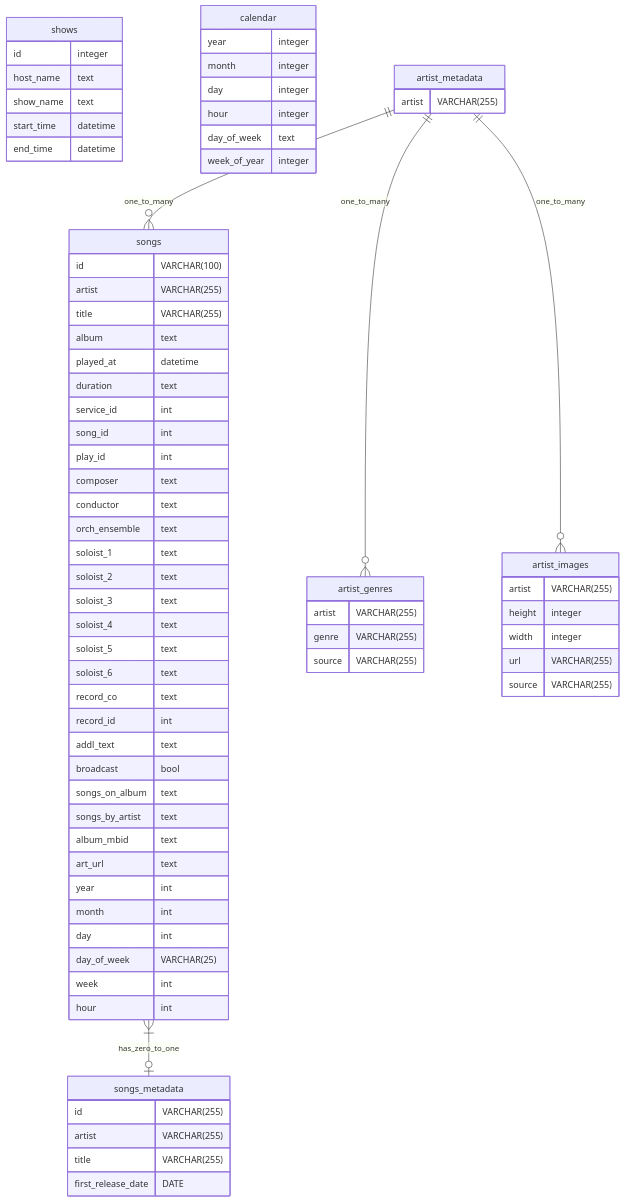
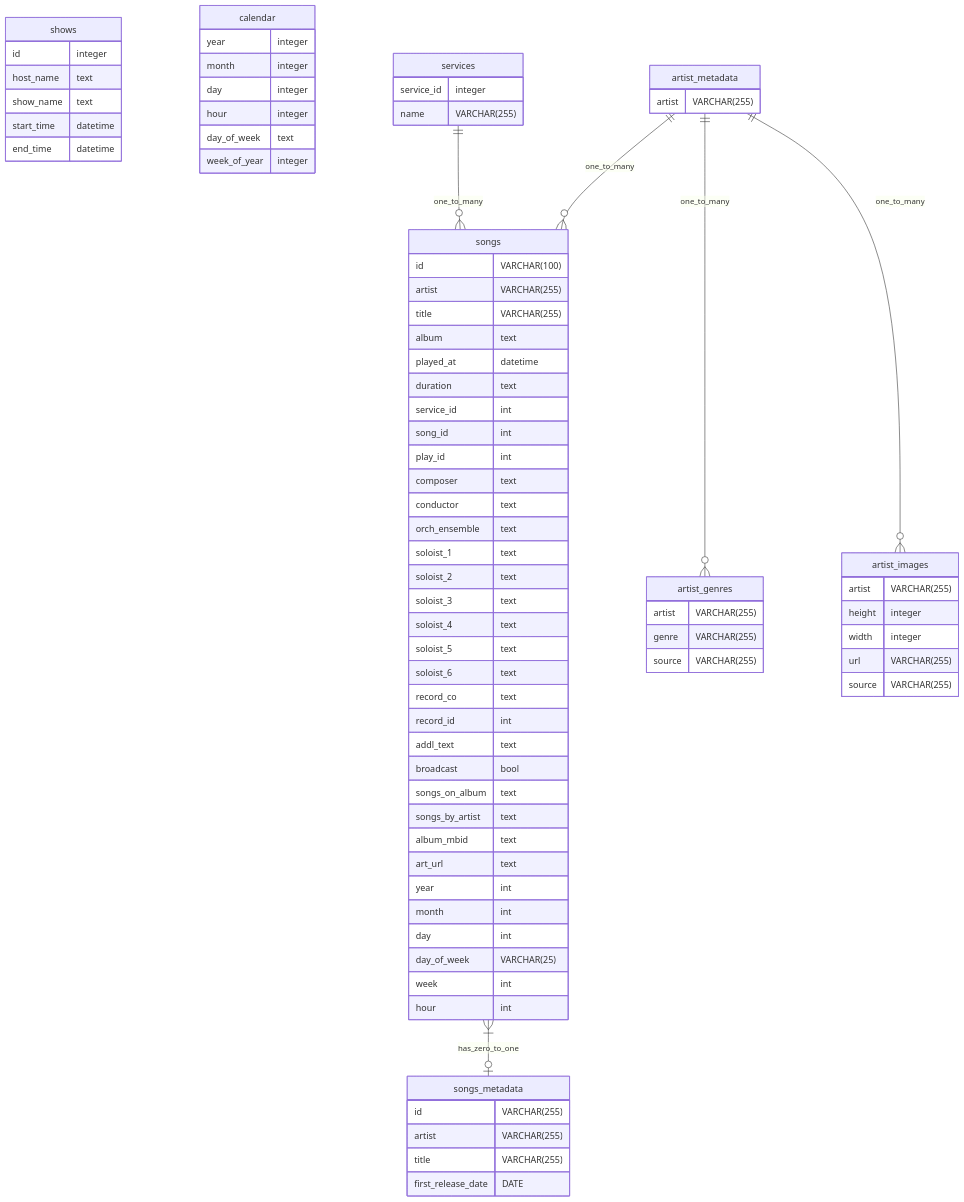
One commit to jasonmotylinski/thecurrent changed the diagram in datamodel.md. Above: the diagram before and after it, drawn with Mermaid. The commit also changed 16 other files, not shown here.

````diff
--- a/datamodel.md
+++ b/datamodel.md
@@ -77,9 +77,16 @@
     source VARCHAR(255)
 }
 
+services {
+    service_id integer
+    name VARCHAR(255)
+}
+
 songs }|--o| songs_metadata: has_zero_to_one
 
 artist_metadata ||--o{ songs: one_to_many
 artist_metadata ||--o{ artist_genres: one_to_many
 artist_metadata ||--o{ artist_images: one_to_many
+
+services ||--o{ songs:one_to_many
 ```
````
